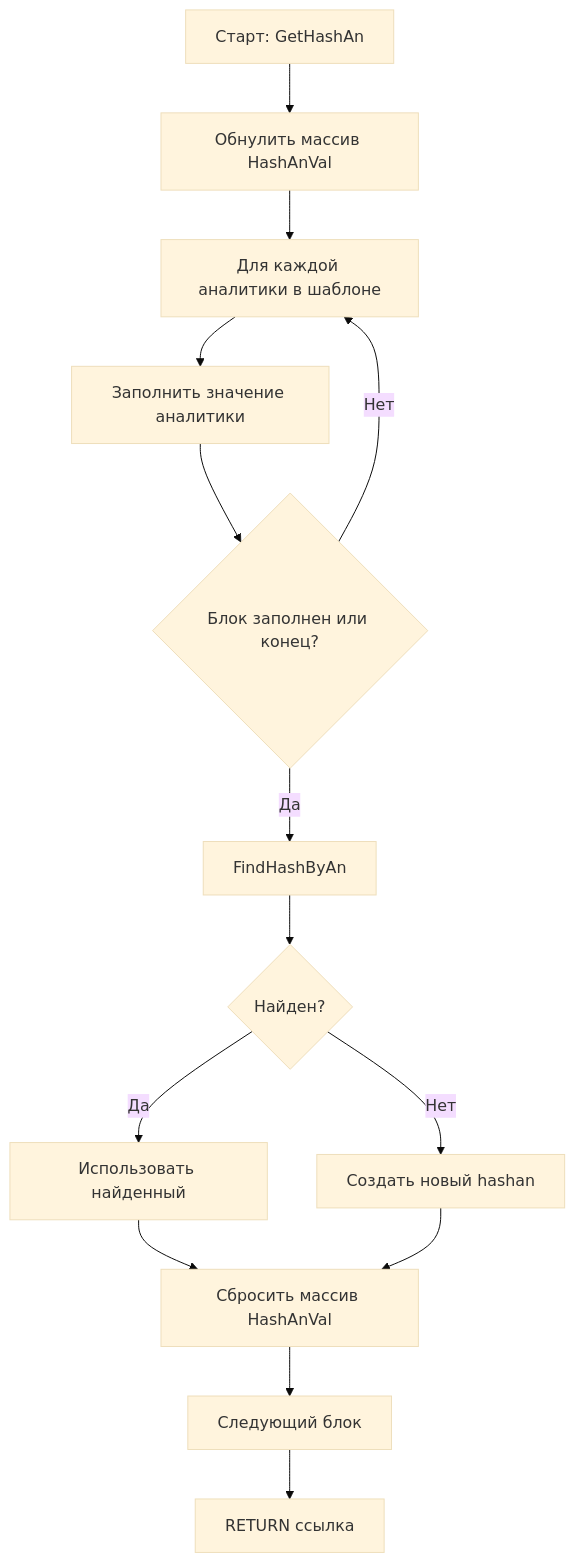
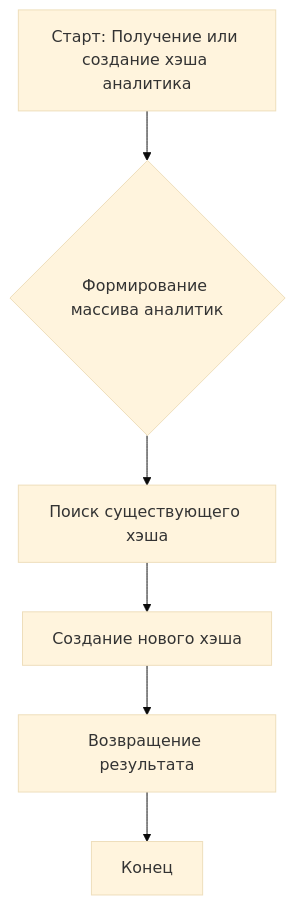
One commit to fivec/topsoft.JAM changed the seventh of 20 diagrams in README.md. Above: the diagram before and after it, drawn with Mermaid (base theme). The commit also changed other lines of this file, not shown here.

````diff
--- a/README.md
+++ b/README.md
@@ -216,15 +249,8 @@
 ```mermaid
 flowchart TD
-A[Старт: GetHashAn] --> B[Обнулить массив HashAnVal]
-B --> C[Для каждой аналитики в шаблоне]
-C --> D[Заполнить значение аналитики]
-D --> E{Блок заполнен или конец?}
-E -- Да --> F[FindHashByAn]
-F --> G{Найден?}
-G -- Да --> H[Использовать найденный]
-G -- Нет --> I[Создать новый hashan]
-H & I --> J[Сбросить массив HashAnVal]
-E -- Нет --> C
-J --> K[Следующий блок]
-K --> L[RETURN ссылка]
+    A[Старт: Получение или создание хэша аналитика] --> B{Формирование массива аналитик}
+    B --> C[Поиск существующего хэша]
+    C --> D[Создание нового хэша]
+    D --> E[Возвращение результата]
+    E --> F[Конец]
 ```
````
